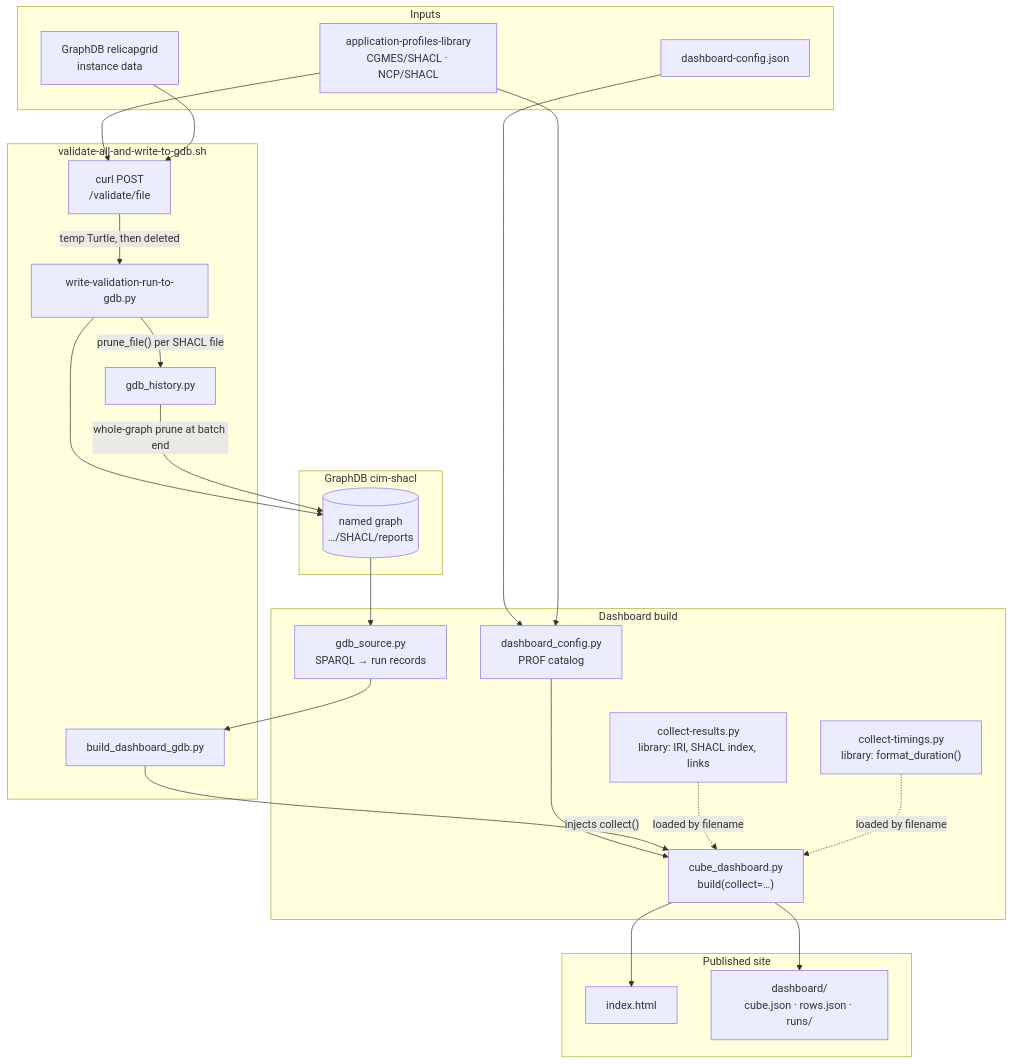
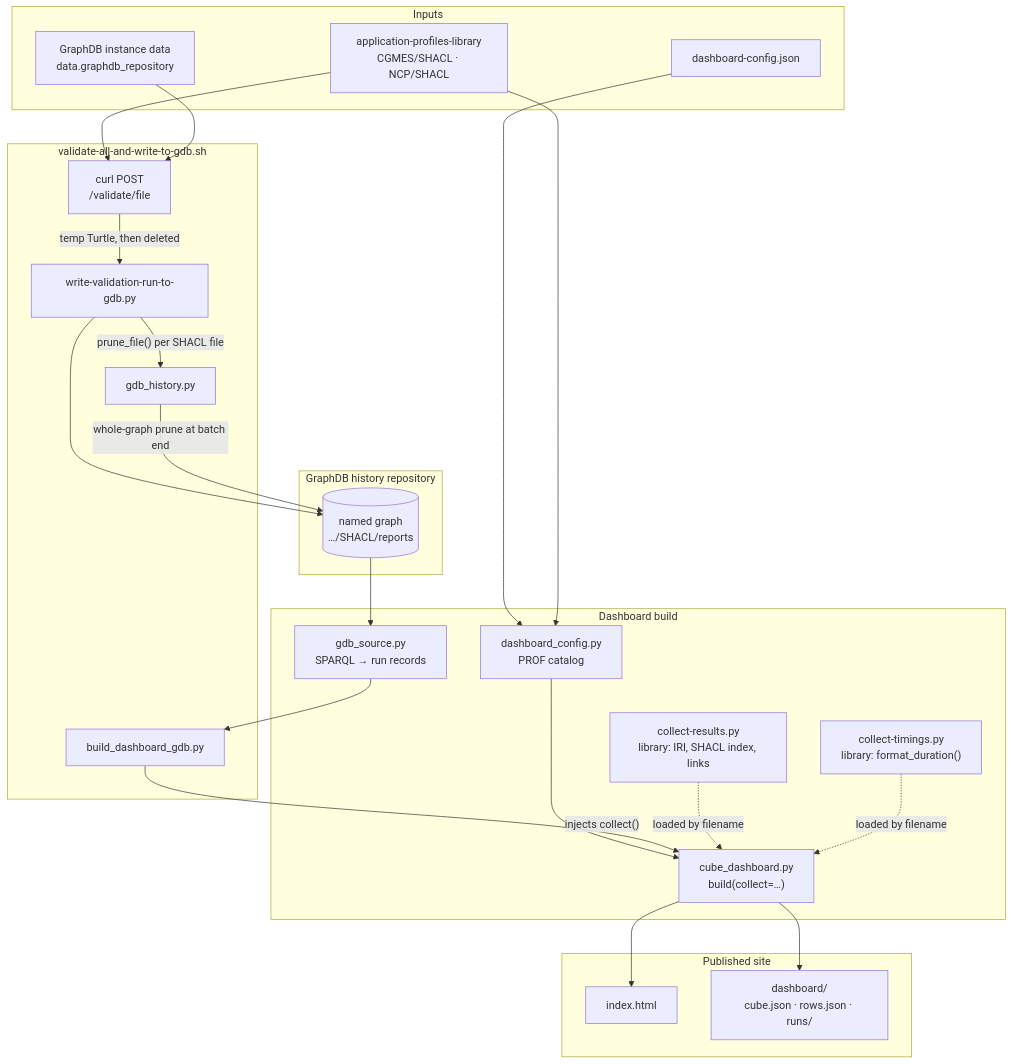
One commit to Ontotext-AD/cim-validate changed the diagram in README.md. Above: the diagram before and after it, drawn with Mermaid. The commit also changed other lines of this file and 8 other files, not shown here.

````diff
--- a/README.md
+++ b/README.md
@@ -38,49 +39,49 @@
 ```mermaid
 flowchart TB
   subgraph inputs["Inputs"]
     APL["application-profiles-library<br/>CGMES/SHACL · NCP/SHACL"]
     CFG["dashboard-config.json"]
-    DATA["GraphDB relicapgrid<br/>instance data"]
+    DATA["GraphDB instance data<br/>data.graphdb_repository"]
   end
 
   subgraph pipeline["validate-all-and-write-to-gdb.sh"]
     CURL["curl POST<br/>/validate/file"]
     WR["write-validation-run-to-gdb.py"]
     GH["gdb_history.py"]
     BD["build_dashboard_gdb.py"]
   end
 
-  subgraph graph["GraphDB cim-shacl"]
+  subgraph graph["GraphDB history repository"]
     HIST[("named graph<br/>…/SHACL/reports")]
   end
 
   subgraph render["Dashboard build"]
     GS["gdb_source.py<br/>SPARQL → run records"]
     DC["dashboard_config.py<br/>PROF catalog"]
     CUBE["cube_dashboard.py<br/>build(collect=…)"]
     CR["collect-results.py<br/>library: IRI, SHACL index, links"]
     CT["collect-timings.py<br/>library: format_duration()"]
   end
 
   subgraph out["Published site"]
     HTML["index.html"]
     DASH["dashboard/<br/>cube.json · rows.json · runs/"]
   end
 
   APL --> CURL
   DATA --> CURL
   CURL -->|"temp Turtle, then deleted"| WR
   WR --> HIST
   WR -->|"prune_file() per SHACL file"| GH
   GH -->|"whole-graph prune at batch end"| HIST
   HIST --> GS
   CFG --> DC
   APL --> DC
   GS --> BD
   DC --> CUBE
   BD -->|"injects collect()"| CUBE
   CR -.->|"loaded by filename"| CUBE
   CT -.->|"loaded by filename"| CUBE
   CUBE --> HTML
   CUBE --> DASH
 ```
````
